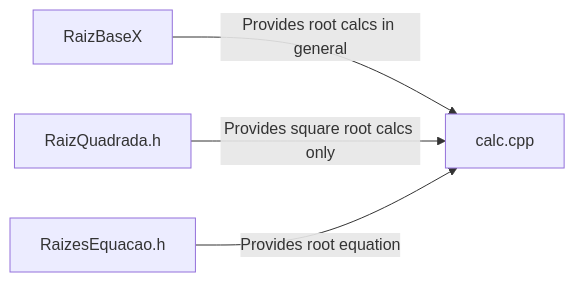
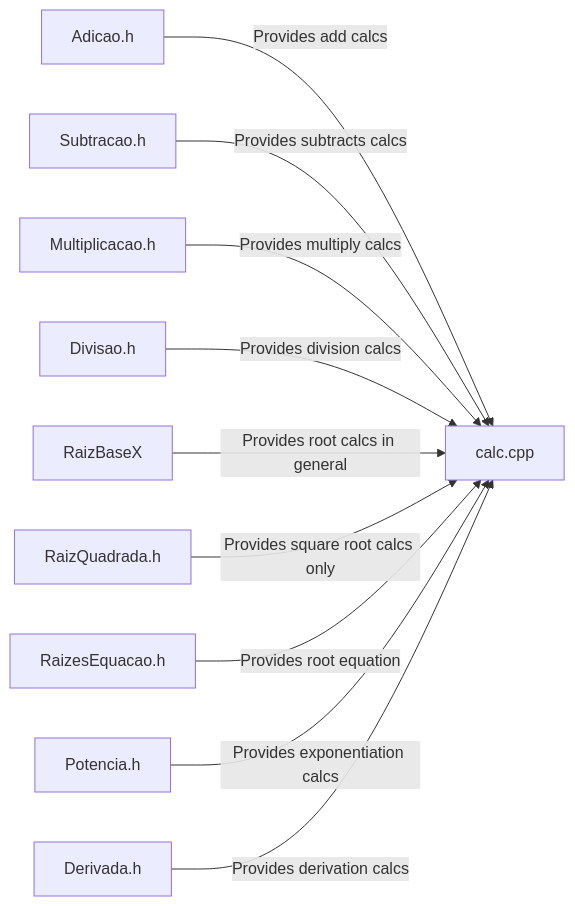
Before and after one commit to higorslva/calcpp_cli: the diagram in README.md, drawn with Mermaid.

````diff
--- a/README.md
+++ b/README.md
@@ -27,6 +27,12 @@
 ```mermaid
 graph LR
-A[RaizBaseX] -- Provides root calcs in general --> D[calc.cpp]
-B[RaizQuadrada.h] -- Provides square root calcs only --> D
-C[RaizesEquacao.h] -- Provides root equation --> D
+A[Adicao.h] -- Provides add calcs --> Z[calc.cpp]
+B[Subtracao.h] -- Provides subtracts calcs --> Z
+C[Multiplicacao.h] -- Provides multiply calcs --> Z
+D[Divisao.h] -- Provides division calcs --> Z
+E[RaizBaseX] -- Provides root calcs in general --> Z
+F[RaizQuadrada.h] -- Provides square root calcs only --> Z
+G[RaizesEquacao.h] -- Provides root equation --> Z
+H[Potencia.h] -- Provides exponentiation calcs --> Z
+I[Derivada.h] -- Provides derivation calcs --> Z
 ```
````
